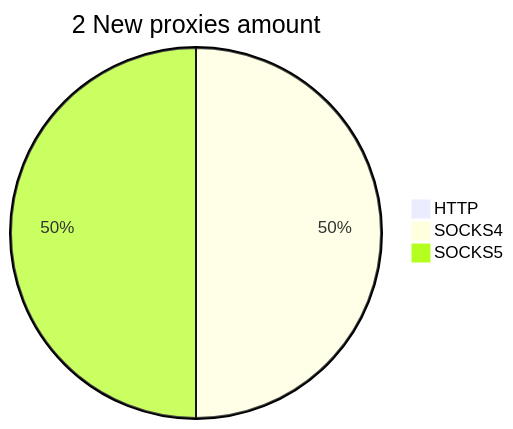
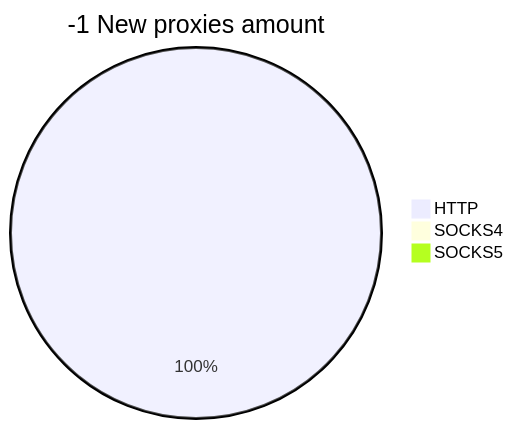
The second of 2 diagrams in README.md (cutipu/proxylist), drawn with Mermaid before and after one commit. The commit also changed other lines of this file, not shown here.

````diff
--- a/README.md
+++ b/README.md
@@ -10,6 +10,6 @@
 ```mermaid
-pie title 2 New proxies amount
-    "HTTP" : 0
-    "SOCKS4" : 1
-    "SOCKS5" : 1
+pie title -1 New proxies amount
+    "HTTP" : 1
+    "SOCKS4" : 0
+    "SOCKS5" : 0
 ```
````
